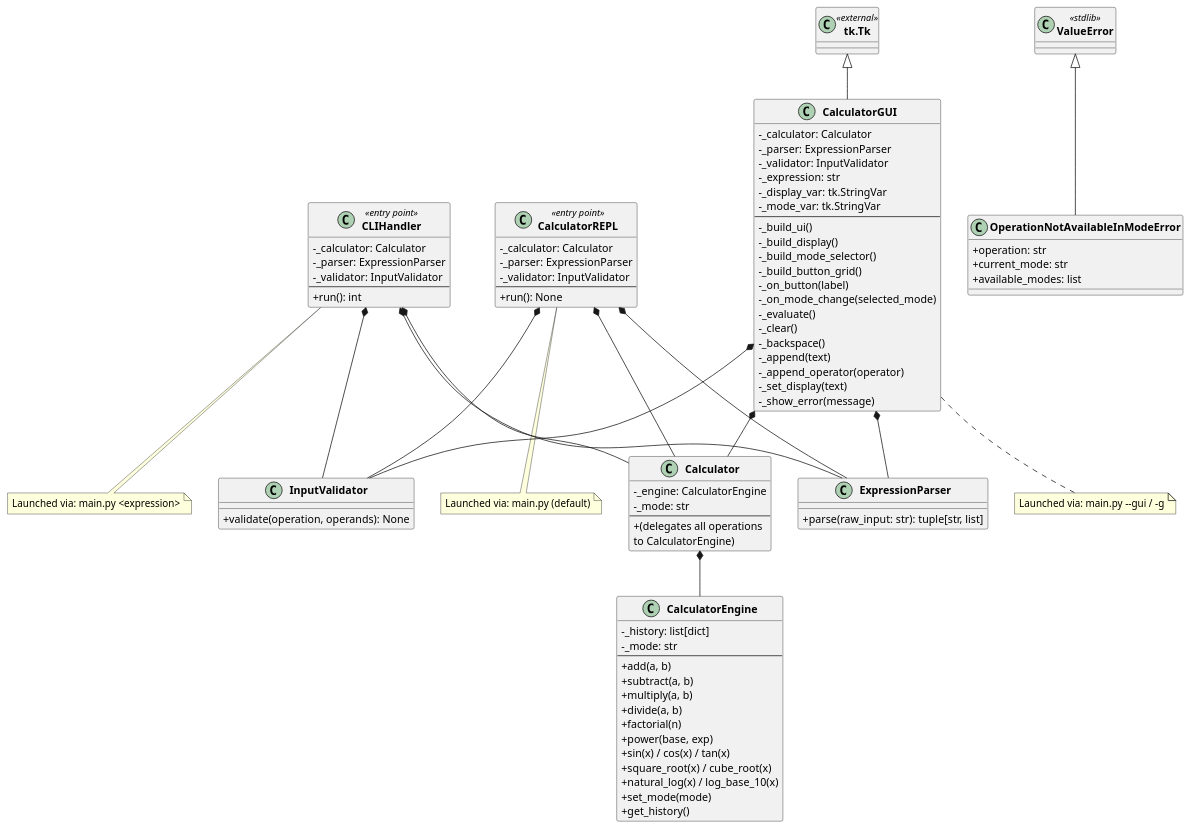
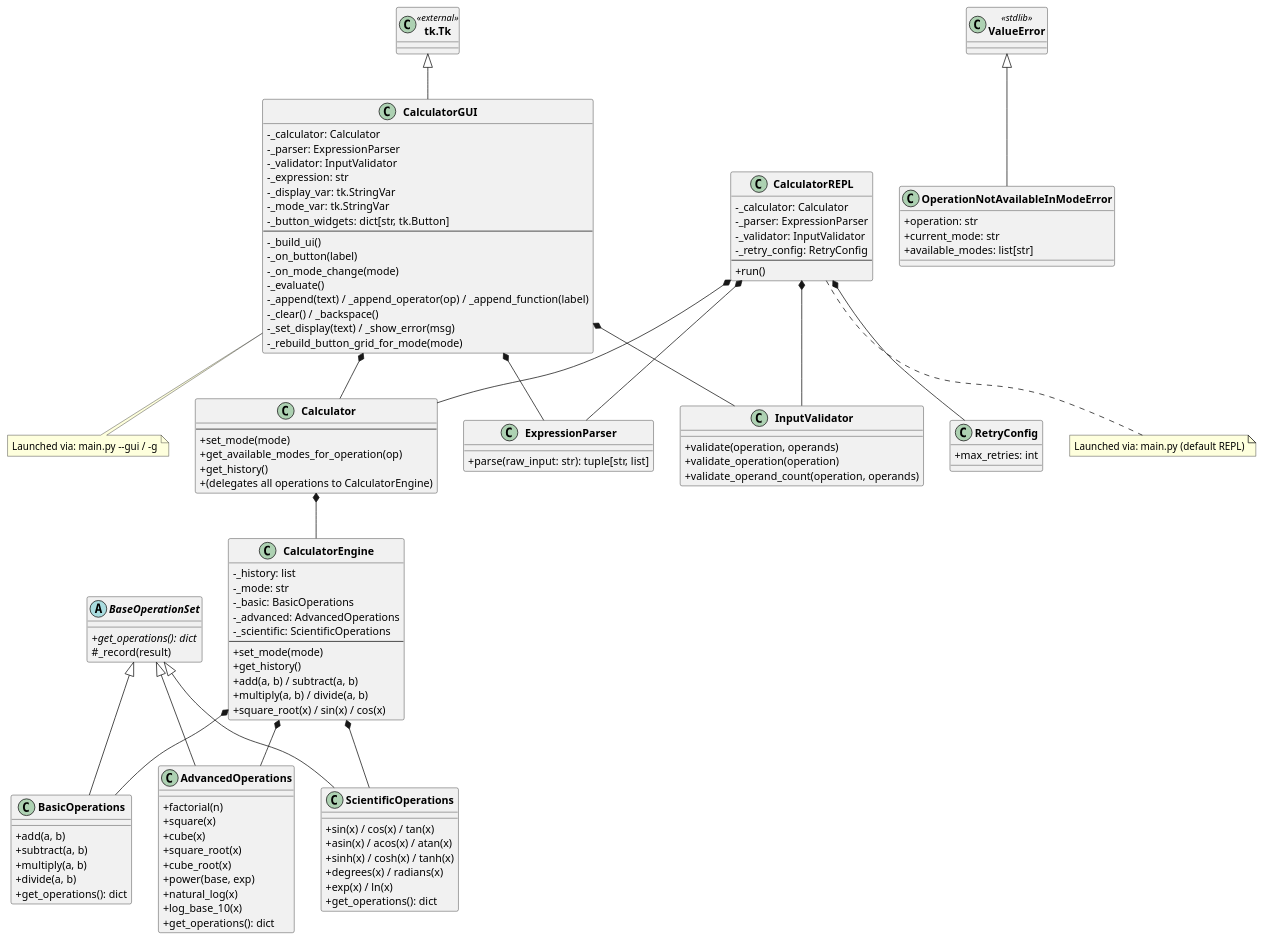
Before and after one commit to DanielRiha8906/Calculator_bachelor_autoevolution_team: the diagram in artifacts/class_diagram_gui.puml, drawn with PlantUML. The commit also changed 3 other files, not shown here.

Commit message:
add UML diagrams for modern calculator GUI redesign

```diff
--- a/artifacts/class_diagram_gui.puml
+++ b/artifacts/class_diagram_gui.puml
@@ -1,117 +1,147 @@
 @startuml class_diagram_gui
 
 skinparam classAttributeIconSize 0
 skinparam classFontStyle bold
 
 ' --- External base class ---
 class "tk.Tk" as TkTk <<external>>
 
-' --- Error type ---
+' --- Error types ---
 class ValueError <<stdlib>>
 class OperationNotAvailableInModeError {
   + operation: str
   + current_mode: str
-  + available_modes: list
+  + available_modes: list[str]
 }
 ValueError <|-- OperationNotAvailableInModeError
 
-' --- Core computation ---
-class CalculatorEngine {
-  - _history: list[dict]
-  - _mode: str
-  --
+' --- Operation sets (abstract base + concrete) ---
+abstract class BaseOperationSet {
+  + {abstract} get_operations(): dict
+  # _record(result)
+}
+
+class BasicOperations {
   + add(a, b)
   + subtract(a, b)
   + multiply(a, b)
   + divide(a, b)
+  + get_operations(): dict
+}
+
+class AdvancedOperations {
   + factorial(n)
+  + square(x)
+  + cube(x)
+  + square_root(x)
+  + cube_root(x)
   + power(base, exp)
+  + natural_log(x)
+  + log_base_10(x)
+  + get_operations(): dict
+}
+
+class ScientificOperations {
   + sin(x) / cos(x) / tan(x)
-  + square_root(x) / cube_root(x)
-  + natural_log(x) / log_base_10(x)
+  + asin(x) / acos(x) / atan(x)
+  + sinh(x) / cosh(x) / tanh(x)
+  + degrees(x) / radians(x)
+  + exp(x) / ln(x)
+  + get_operations(): dict
+}
+
+BaseOperationSet <|-- BasicOperations
+BaseOperationSet <|-- AdvancedOperations
+BaseOperationSet <|-- ScientificOperations
+
+' --- Core computation engine ---
+class CalculatorEngine {
+  - _history: list
+  - _mode: str
+  - _basic: BasicOperations
+  - _advanced: AdvancedOperations
+  - _scientific: ScientificOperations
+  --
   + set_mode(mode)
   + get_history()
+  + add(a, b) / subtract(a, b)
+  + multiply(a, b) / divide(a, b)
+  + square_root(x) / sin(x) / cos(x)
 }
 
-' --- Facade ---
+CalculatorEngine *-- BasicOperations
+CalculatorEngine *-- AdvancedOperations
+CalculatorEngine *-- ScientificOperations
+
+' --- Calculator facade ---
 class Calculator {
-  - _engine: CalculatorEngine
-  - _mode: str
   --
-  + (delegates all operations\nto CalculatorEngine)
+  + set_mode(mode)
+  + get_available_modes_for_operation(op)
+  + get_history()
+  + (delegates all operations to CalculatorEngine)
 }
 Calculator *-- CalculatorEngine
 
 ' --- Input processing ---
 class ExpressionParser {
   + parse(raw_input: str): tuple[str, list]
 }
 
 class InputValidator {
-  + validate(operation, operands): None
+  + validate(operation, operands)
+  + validate_operation(operation)
+  + validate_operand_count(operation, operands)
 }
 
-' --- GUI entry point (NEW) ---
+class RetryConfig {
+  + max_retries: int
+}
+
+' --- GUI entry point ---
 class CalculatorGUI {
   - _calculator: Calculator
   - _parser: ExpressionParser
   - _validator: InputValidator
   - _expression: str
   - _display_var: tk.StringVar
   - _mode_var: tk.StringVar
+  - _button_widgets: dict[str, tk.Button]
   --
   - _build_ui()
-  - _build_display()
-  - _build_mode_selector()
-  - _build_button_grid()
   - _on_button(label)
-  - _on_mode_change(selected_mode)
+  - _on_mode_change(mode)
   - _evaluate()
-  - _clear()
-  - _backspace()
-  - _append(text)
-  - _append_operator(operator)
-  - _set_display(text)
-  - _show_error(message)
+  - _append(text) / _append_operator(op) / _append_function(label)
+  - _clear() / _backspace()
+  - _set_display(text) / _show_error(msg)
+  - _rebuild_button_grid_for_mode(mode)
 }
 TkTk <|-- CalculatorGUI
 CalculatorGUI *-- Calculator
 CalculatorGUI *-- ExpressionParser
 CalculatorGUI *-- InputValidator
 
-' --- Peer entry points (simplified) ---
-class CLIHandler <<entry point>> {
+' --- REPL entry point ---
+class CalculatorREPL {
   - _calculator: Calculator
   - _parser: ExpressionParser
   - _validator: InputValidator
+  - _retry_config: RetryConfig
   --
-  + run(): int
-}
-CLIHandler *-- Calculator
-CLIHandler *-- ExpressionParser
-CLIHandler *-- InputValidator
-
-class CalculatorREPL <<entry point>> {
-  - _calculator: Calculator
-  - _parser: ExpressionParser
-  - _validator: InputValidator
-  --
-  + run(): None
+  + run()
 }
 CalculatorREPL *-- Calculator
 CalculatorREPL *-- ExpressionParser
 CalculatorREPL *-- InputValidator
+CalculatorREPL *-- RetryConfig
 
 note bottom of CalculatorGUI
   Launched via: main.py --gui / -g
 end note
 
-note bottom of CLIHandler
-  Launched via: main.py <expression>
-end note
-
 note bottom of CalculatorREPL
-  Launched via: main.py (default)
+  Launched via: main.py (default REPL)
 end note
 
 @enduml
```
